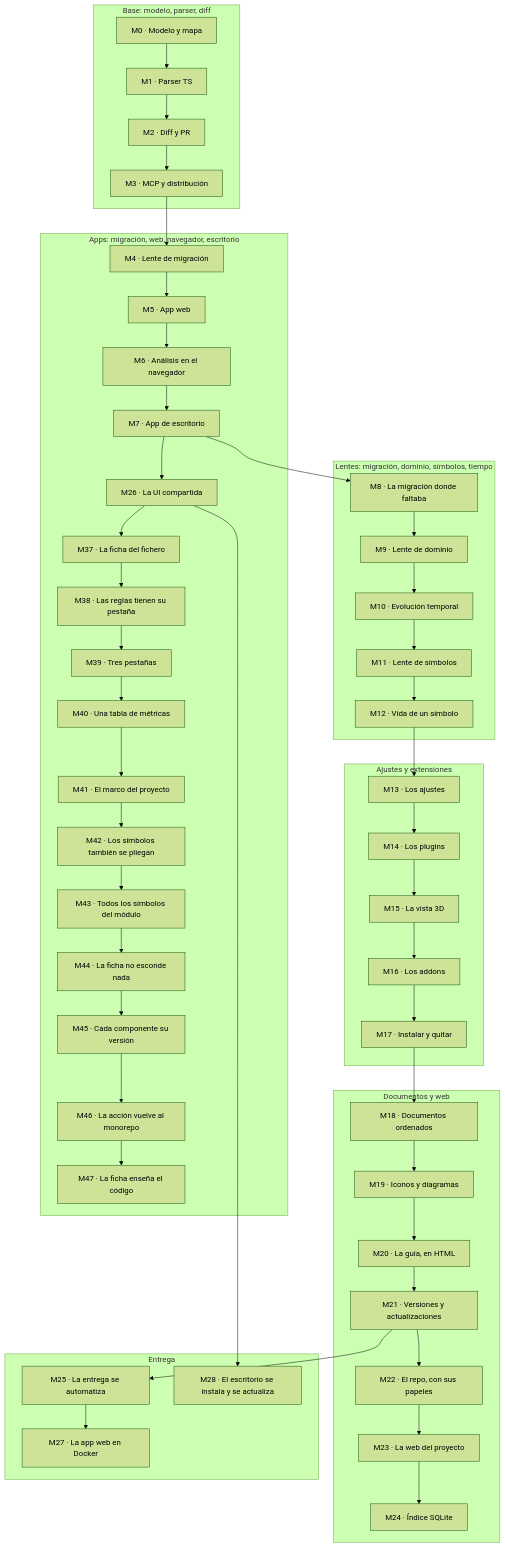
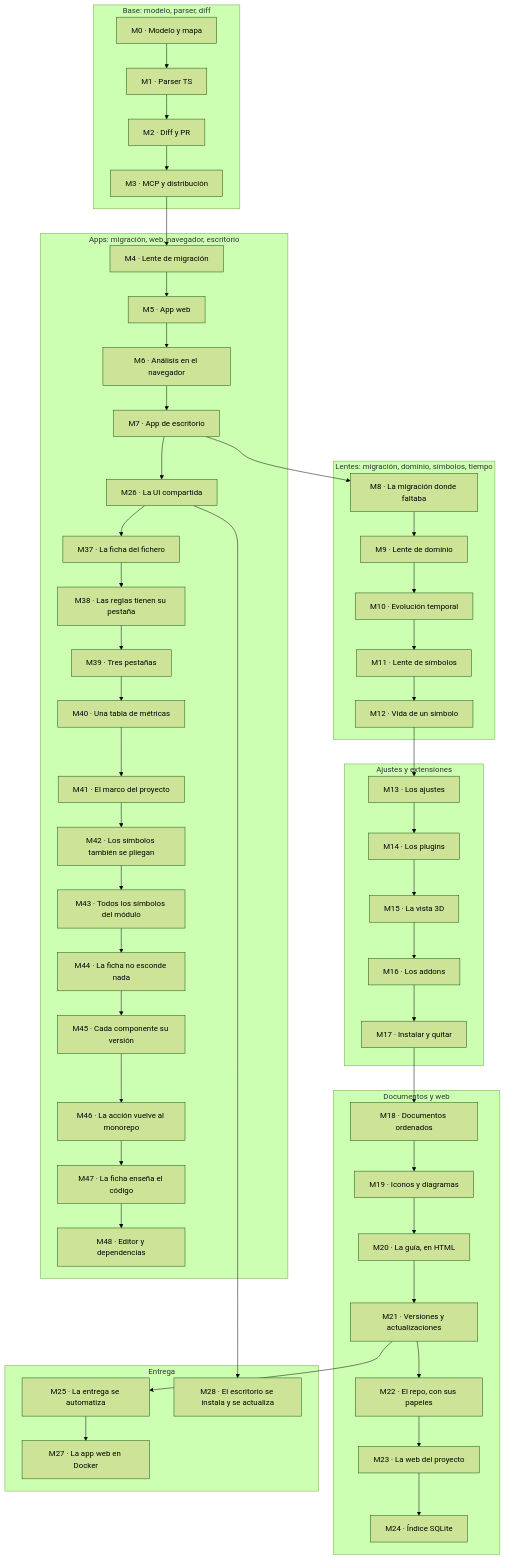
One commit to jaminsmoke/codarch changed the diagram in apps/site/docs/adr/roadmap.md. Above: the diagram before and after it, drawn with Mermaid (forest theme). The commit also changed other lines of this file and 8 other files, not shown here.

````diff
--- a/apps/site/docs/adr/roadmap.md
+++ b/apps/site/docs/adr/roadmap.md
@@ -38,55 +38,56 @@
 ```mermaid
 flowchart TD
   subgraph base["Base: modelo, parser, diff"]
     M0["M0 · Modelo y mapa"] --> M1["M1 · Parser TS"]
     M1 --> M2["M2 · Diff y PR"]
     M2 --> M3["M3 · MCP y distribución"]
   end
   subgraph apps["Apps: migración, web, navegador, escritorio"]
     M4["M4 · Lente de migración"] --> M5["M5 · App web"]
     M5 --> M6["M6 · Análisis en el navegador"]
     M6 --> M7["M7 · App de escritorio"]
     M7 --> M26["M26 · La UI compartida"]
     M26 --> M37["M37 · La ficha del fichero"]
     M37 --> M38["M38 · Las reglas tienen su pestaña"]
     M38 --> M39["M39 · Tres pestañas"]
     M39 --> M40["M40 · Una tabla de métricas"]
     M40 --> M41["M41 · El marco del proyecto"]
     M41 --> M42["M42 · Los símbolos también se pliegan"]
     M42 --> M43["M43 · Todos los símbolos del módulo"]
     M43 --> M44["M44 · La ficha no esconde nada"]
     M44 --> M45["M45 · Cada componente su versión"]
     M45 --> M46["M46 · La acción vuelve al monorepo"]
     M46 --> M47["M47 · La ficha enseña el código"]
+    M47 --> M48["M48 · Editor y dependencias"]
   end
   subgraph lentes["Lentes: migración, dominio, símbolos, tiempo"]
     M8["M8 · La migración donde faltaba"] --> M9["M9 · Lente de dominio"]
     M9 --> M10["M10 · Evolución temporal"]
     M10 --> M11["M11 · Lente de símbolos"]
     M11 --> M12["M12 · Vida de un símbolo"]
   end
   subgraph ext["Ajustes y extensiones"]
     M13["M13 · Los ajustes"] --> M14["M14 · Los plugins"]
     M14 --> M15["M15 · La vista 3D"]
     M15 --> M16["M16 · Los addons"]
     M16 --> M17["M17 · Instalar y quitar"]
   end
   subgraph docs["Documentos y web"]
     M18["M18 · Documentos ordenados"] --> M19["M19 · Iconos y diagramas"]
     M19 --> M20["M20 · La guía, en HTML"]
     M20 --> M21["M21 · Versiones y actualizaciones"]
     M21 --> M22["M22 · El repo, con sus papeles"]
     M22 --> M23["M23 · La web del proyecto"]
     M23 --> M24["M24 · Índice SQLite"]
   end
   subgraph delivery["Entrega"]
     M25["M25 · La entrega se automatiza"]
     M25 --> M27["M27 · La app web en Docker"]
     M26 --> M28["M28 · El escritorio se instala y se actualiza"]
   end
   M3 --> M4
   M7 --> M8
   M12 --> M13
   M17 --> M18
   M21 --> M25
 ```
````
